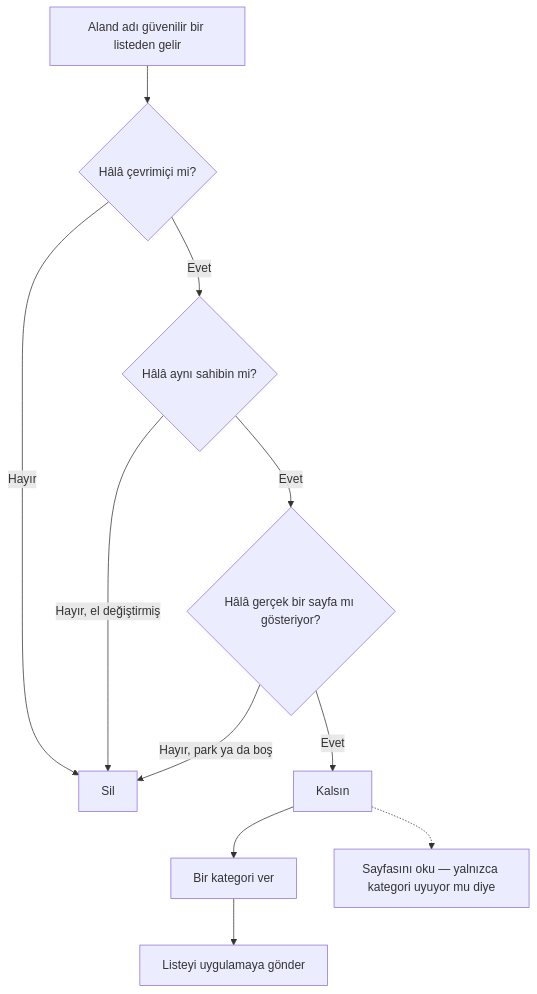
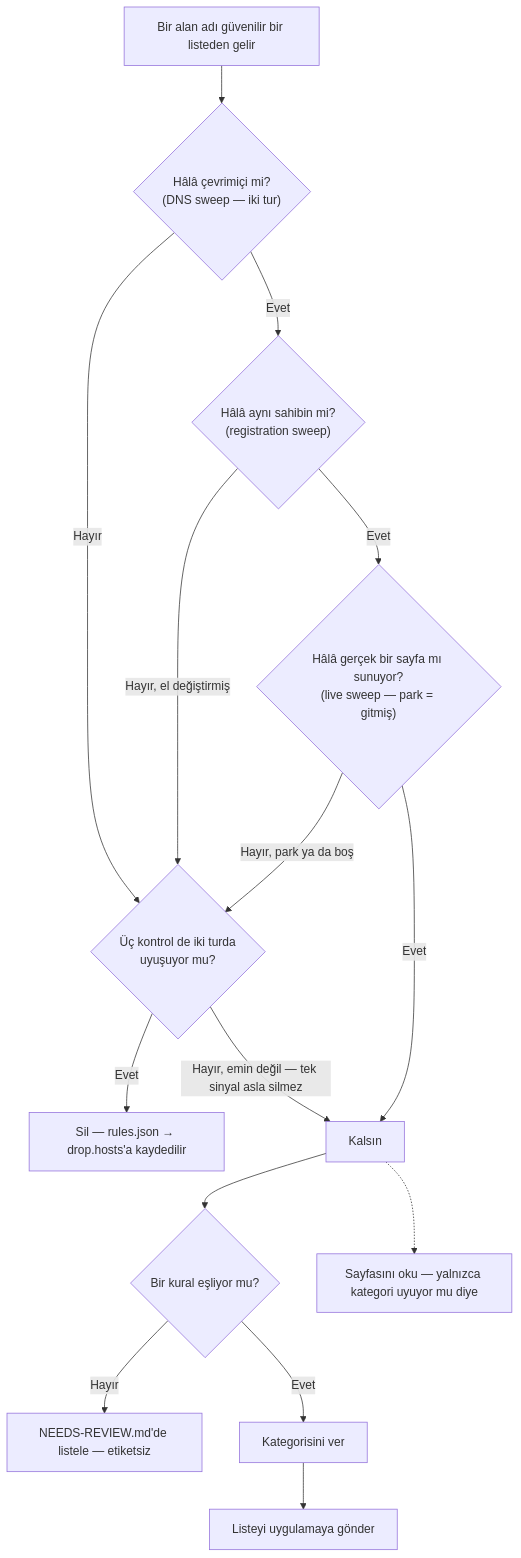
One commit to mahirfatih/net-traffic-control-catalog changed the third of 4 diagrams in README.tr.md. Above: the diagram before and after it, drawn with Mermaid. The commit also changed other lines of this file and 44 other files, not shown here.

````diff
--- a/README.tr.md
+++ b/README.tr.md
@@ -126,13 +132,17 @@
 ```mermaid
 flowchart TD
-    A["Aland adı güvenilir bir listeden gelir"] --> B{"Hâlâ çevrimiçi mi?"}
-    B -->|"Hayır"| R["Sil"]
-    B -->|"Evet"| C{"Hâlâ aynı sahibin mi?"}
-    C -->|"Hayır, el değiştirmiş"| R
-    C -->|"Evet"| D{"Hâlâ gerçek bir sayfa mı gösteriyor?"}
-    D -->|"Hayır, park ya da boş"| R
+    A["Bir alan adı güvenilir bir listeden gelir"] --> B{"Hâlâ çevrimiçi mi?<br/>(DNS sweep — iki tur)"}
+    B -->|"Hayır"| J{"Üç kontrol de iki turda<br/>uyuşuyor mu?"}
+    B -->|"Evet"| C{"Hâlâ aynı sahibin mi?<br/>(registration sweep)"}
+    C -->|"Hayır, el değiştirmiş"| J
+    C -->|"Evet"| D{"Hâlâ gerçek bir sayfa mı sunuyor?<br/>(live sweep — park = gitmiş)"}
+    D -->|"Hayır, park ya da boş"| J
     D -->|"Evet"| K["Kalsın"]
-    K --> E["Bir kategori ver"]
+    J -->|"Evet"| R["Sil — rules.json → drop.hosts'a kaydedilir"]
+    J -->|"Hayır, emin değil — tek sinyal asla silmez"| K
+    K --> M{"Bir kural eşliyor mu?"}
+    M -->|"Hayır"| N["NEEDS-REVIEW.md'de listele — etiketsiz"]
+    M -->|"Evet"| E["Kategorisini ver"]
     E --> F["Listeyi uygulamaya gönder"]
     K -.-> G["Sayfasını oku — yalnızca kategori uyuyor mu diye"]
 ```
````
